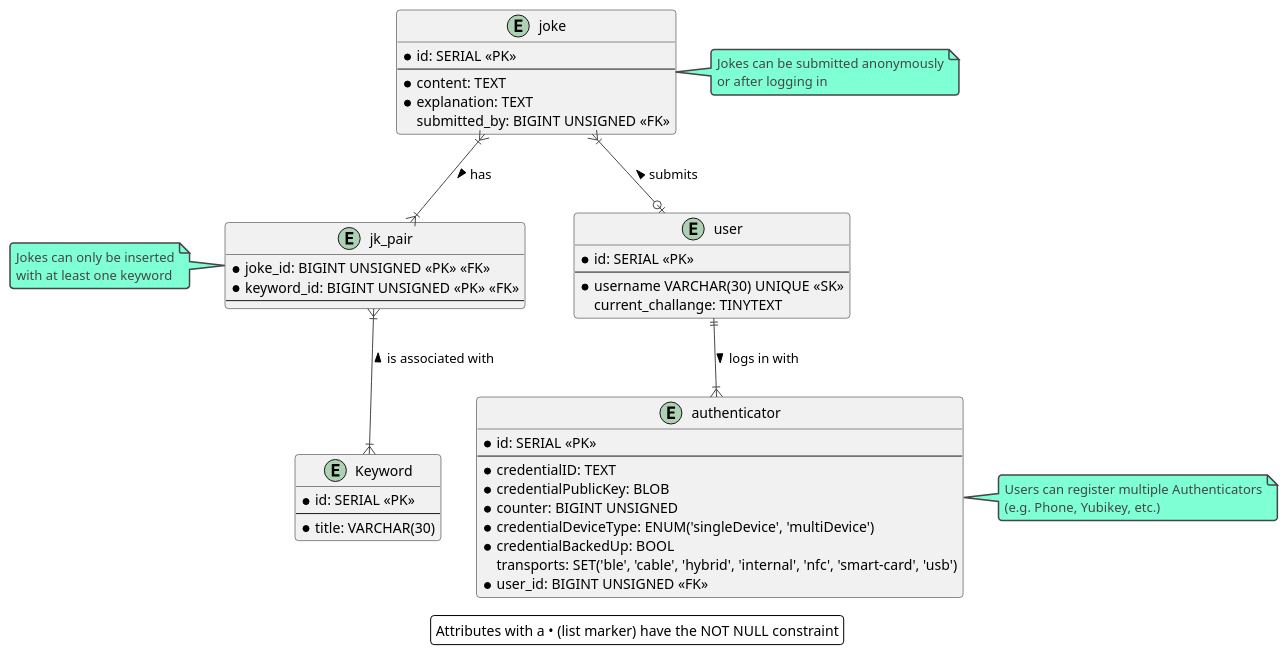
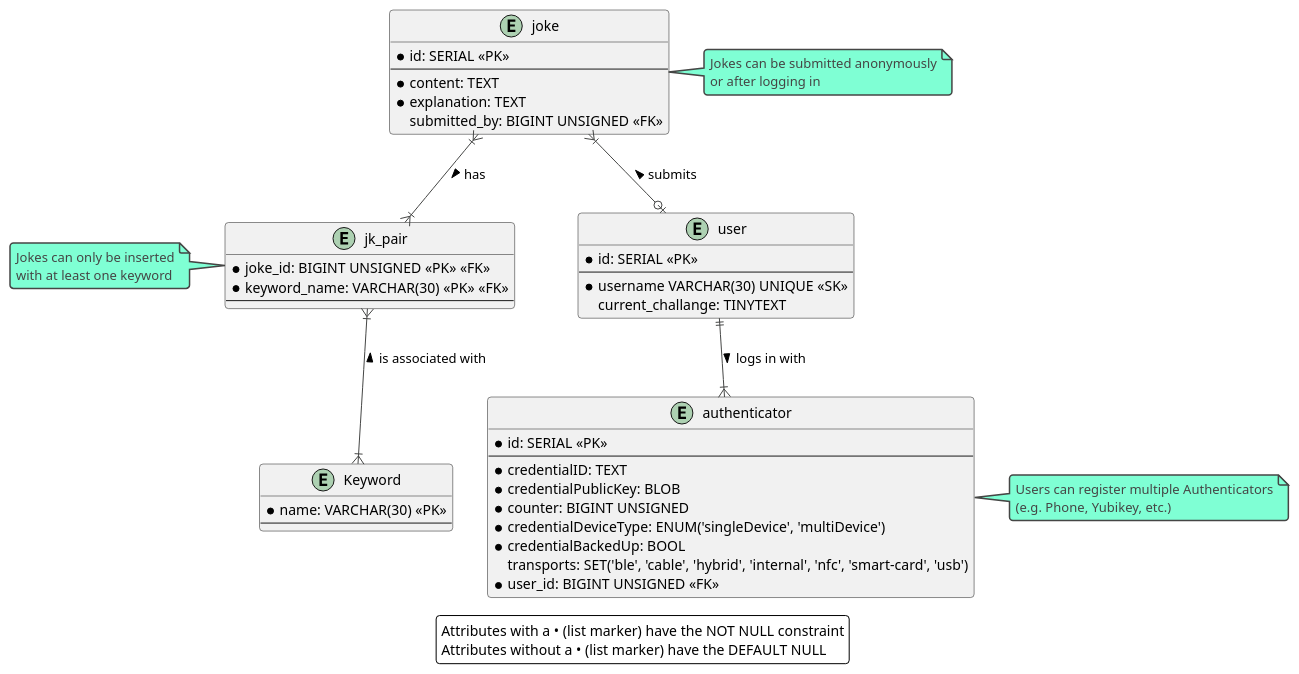
One commit to SturmDerLiebe/bavarian_joke_generator changed the diagram in database/physicalDM.md. Above: the diagram before and after it, drawn with PlantUML.

Commit message:
Doc(Database): Update PDM

```diff
--- a/database/physicalDM.md
+++ b/database/physicalDM.md
@@ -10,57 +10,58 @@
 @startuml
 'skinparam linetype ortho
 'scale 2
 !theme vibrant
 
 entity joke {
     * id: SERIAL <<PK>>
     --
     * content: TEXT
     * explanation: TEXT
     submitted_by: BIGINT UNSIGNED <<FK>>
 }
 
 entity jk_pair {
     * joke_id: BIGINT UNSIGNED <<PK>> <<FK>>
-    * keyword_id: BIGINT UNSIGNED <<PK>> <<FK>>
+    * keyword_name: VARCHAR(30) <<PK>> <<FK>>
     --
 }
 
 entity Keyword  {
-    * id: SERIAL <<PK>>
+    * name: VARCHAR(30) <<PK>>
     --
-    * title: VARCHAR(30)
 }
 
 entity user {
+    ' The extra id is necessary for using simplewebauthn:
     * id: SERIAL <<PK>>
     --
     * username VARCHAR(30) UNIQUE <<SK>>
     current_challange: TINYTEXT
 }
 
 entity authenticator {
     * id: SERIAL <<PK>>
     --
     * credentialID: TEXT
     * credentialPublicKey: BLOB
     * counter: BIGINT UNSIGNED
     * credentialDeviceType: ENUM('singleDevice', 'multiDevice')
     * credentialBackedUp: BOOL
     transports: SET('ble', 'cable', 'hybrid', 'internal', 'nfc', 'smart-card', 'usb')
     * user_id: BIGINT UNSIGNED <<FK>>
 }
 
 joke }|--|{ jk_pair : has >
 jk_pair }|--|{ Keyword : is associated with <
 joke }|--o| user : submits <
 user ||--|{ authenticator : logs in with >
 
 note left of jk_pair: Jokes can only be inserted\nwith at least one keyword
 note right of joke: Jokes can be submitted anonymously\nor after logging in 
 note right of authenticator: Users can register multiple Authenticators\n(e.g. Phone, Yubikey, etc.)
 
 legend
     Attributes with a • (list marker) have the NOT NULL constraint
+    Attributes without a • (list marker) have the DEFAULT NULL
 endlegend
 @enduml
```
